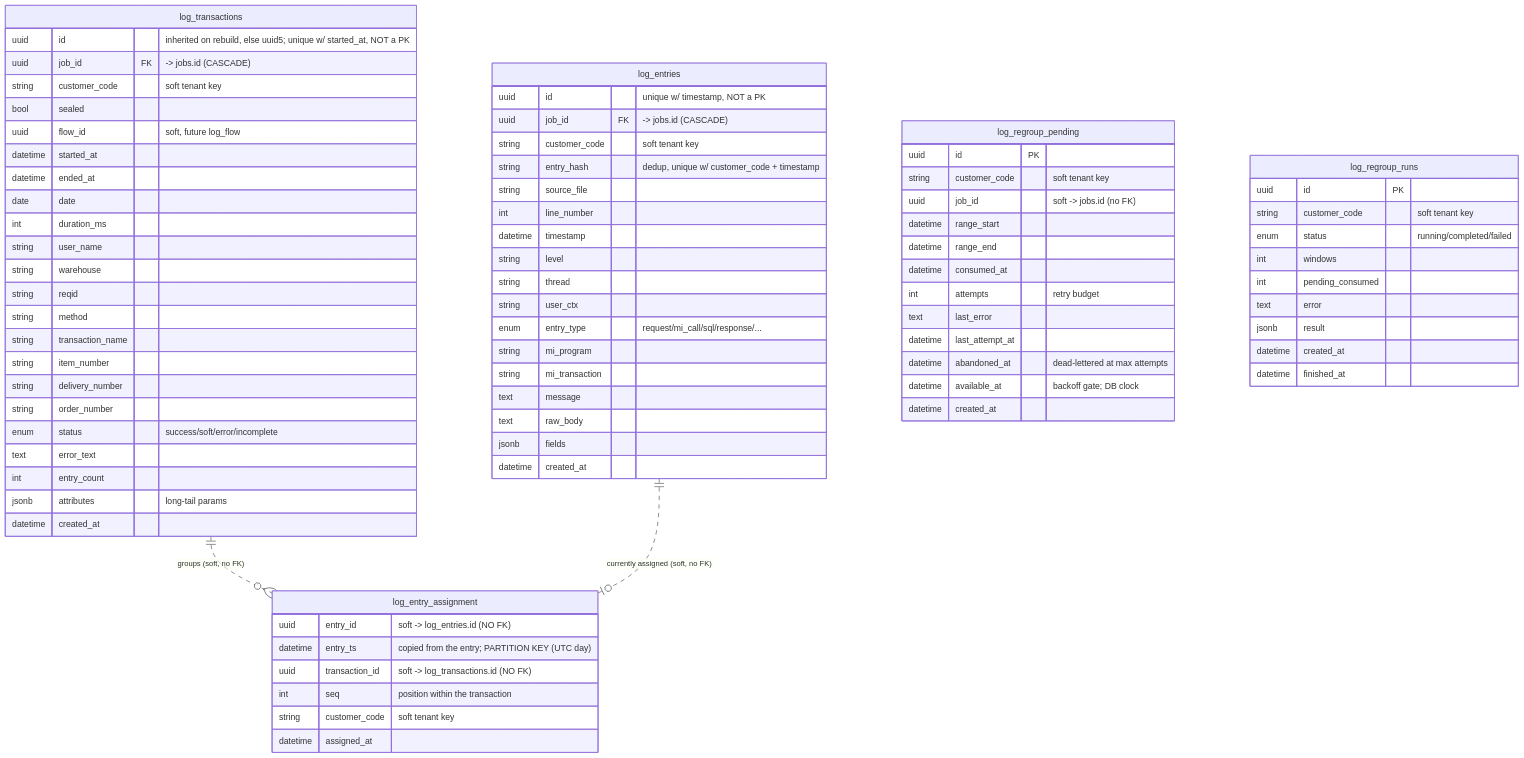
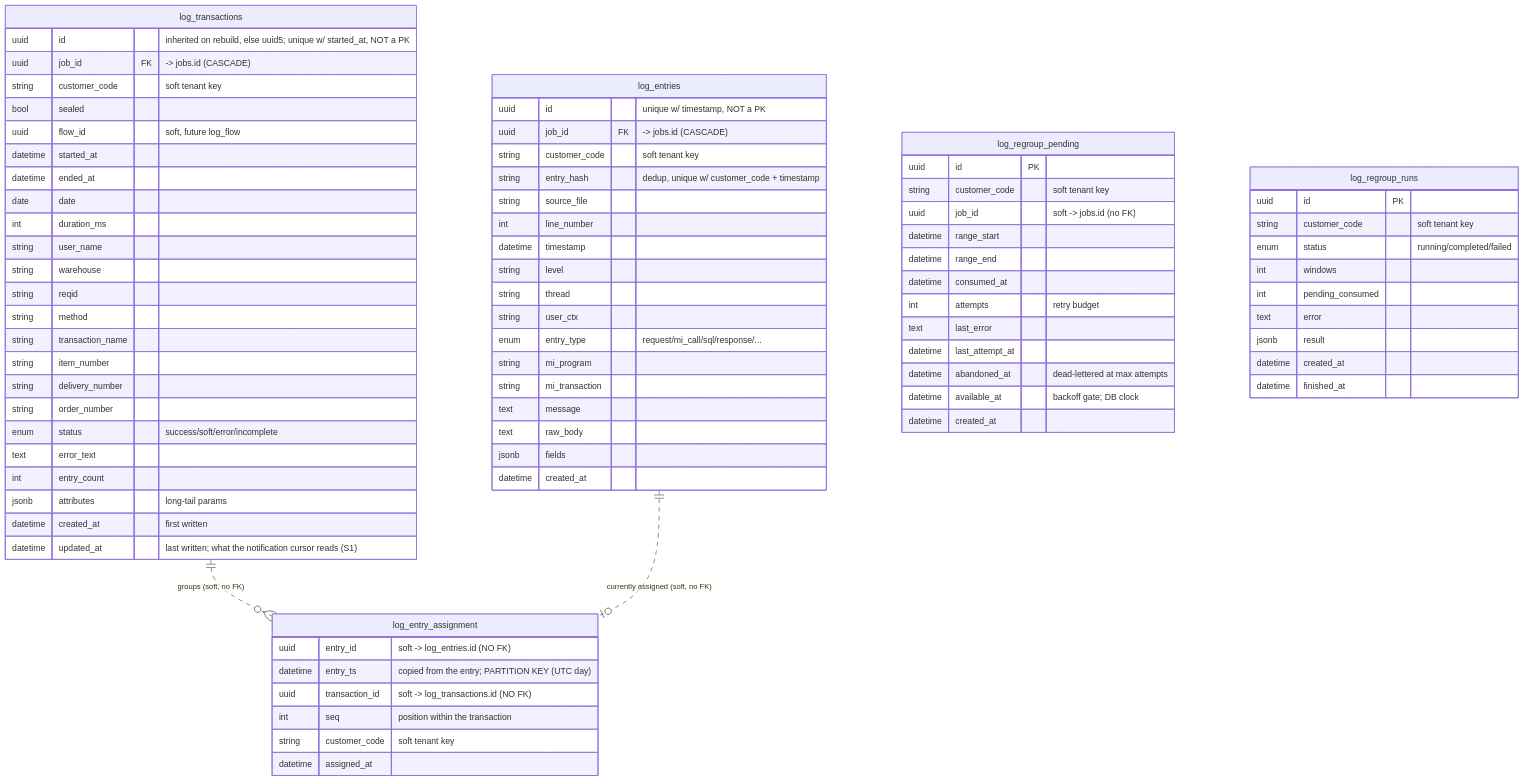
Before and after one commit to eamtalu/RAG-PipeLine: the fourth of 11 diagrams in docs/database-er-diagram.md, drawn with Mermaid. The commit also changed other lines of this file and 13 other files, not shown here.

First line of the commit message:
feat(stage2): S1 - explicit sealer, updated_at, and the notification cursor moved onto it

```diff
--- a/docs/database-er-diagram.md
+++ b/docs/database-er-diagram.md
@@ -219,7 +219,8 @@
         text error_text
         int entry_count
         jsonb attributes "long-tail params"
-        datetime created_at
+        datetime created_at "first written"
+        datetime updated_at "last written; what the notification cursor reads (S1)"
     }
 
     log_entry_assignment {
```
